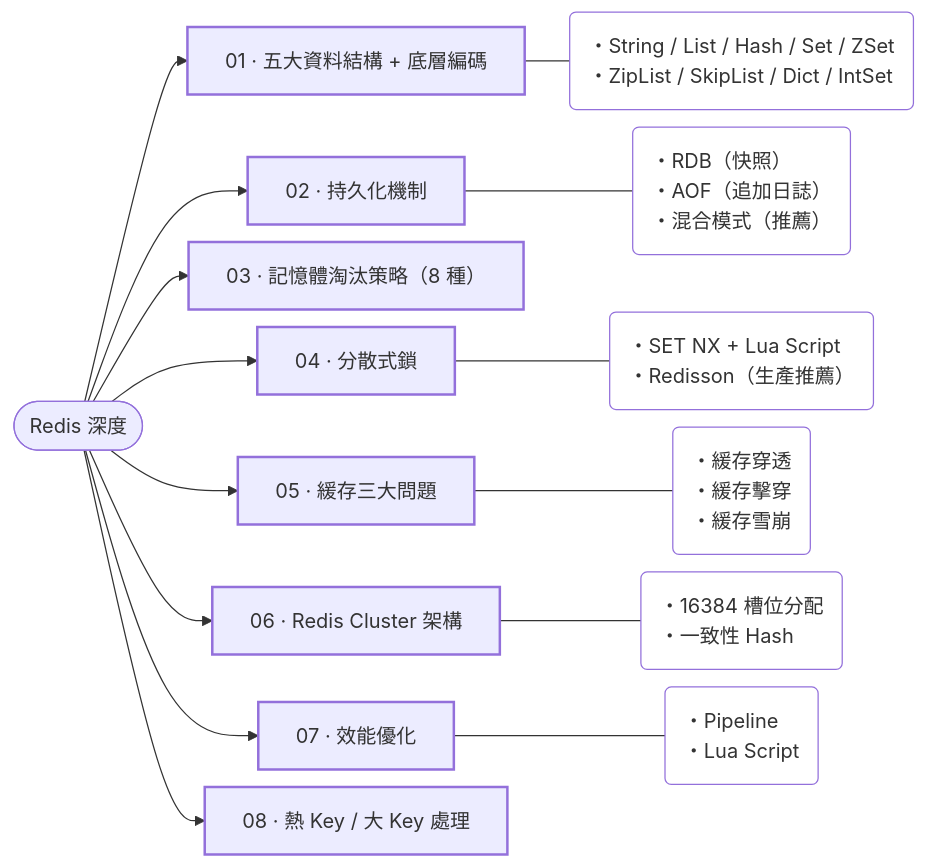
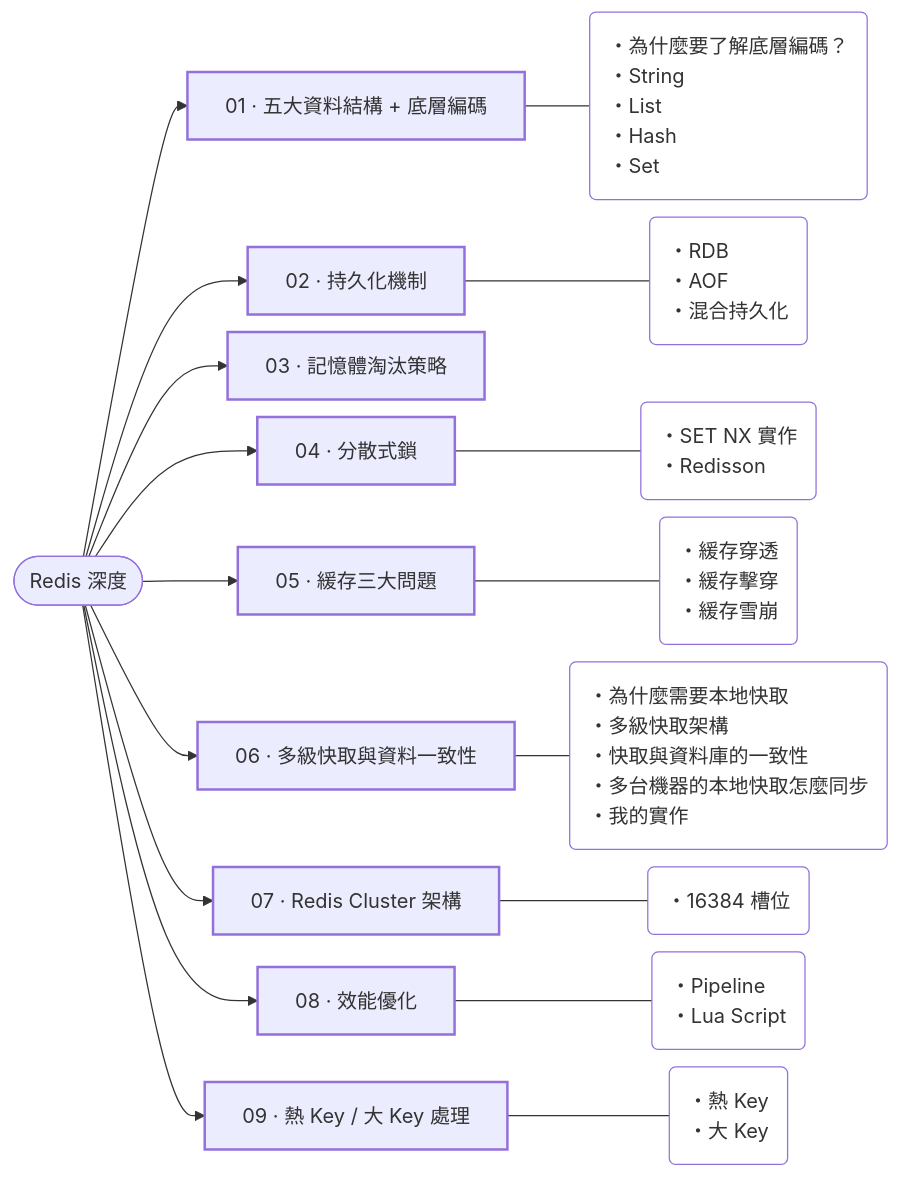
Before and after one commit to AnthonyFuFu/StudyNotes: the diagram in docs/data/redis/index.md, drawn with Mermaid. The commit also changed other lines of this file and 93 other files, not shown here.

````diff
--- a/docs/data/redis/index.md
+++ b/docs/data/redis/index.md
@@ -13,37 +13,43 @@
 ``` mermaid
 %%{init: {"flowchart": {"nodeSpacing": 14, "rankSpacing": 36, "wrappingWidth": 420}}}%%
 flowchart LR
     R(["Redis 深度"])
     c0["01 · 五大資料結構 + 底層編碼"]
     R --> c0
-    p0("・String / List / Hash / Set / ZSet<br>・ZipList / SkipList / Dict / IntSet")
+    p0("・為什麼要了解底層編碼？<br>・String<br>・List<br>・Hash<br>・Set")
     c0 --- p0
     c1["02 · 持久化機制"]
     R --> c1
-    p1("・RDB（快照）<br>・AOF（追加日誌）<br>・混合模式（推薦）")
+    p1("・RDB<br>・AOF<br>・混合持久化")
     c1 --- p1
-    c2["03 · 記憶體淘汰策略（8 種）"]
+    c2["03 · 記憶體淘汰策略"]
     R --> c2
     c3["04 · 分散式鎖"]
     R --> c3
-    p3("・SET NX + Lua Script<br>・Redisson（生產推薦）")
+    p3("・SET NX 實作<br>・Redisson")
     c3 --- p3
     c4["05 · 緩存三大問題"]
     R --> c4
     p4("・緩存穿透<br>・緩存擊穿<br>・緩存雪崩")
     c4 --- p4
-    c5["06 · Redis Cluster 架構"]
+    c5["06 · 多級快取與資料一致性"]
     R --> c5
-    p5("・16384 槽位分配<br>・一致性 Hash")
+    p5("・為什麼需要本地快取<br>・多級快取架構<br>・快取與資料庫的一致性<br>・多台機器的本地快取怎麼同步<br>・我的實作")
     c5 --- p5
-    c6["07 · 效能優化"]
+    c6["07 · Redis Cluster 架構"]
     R --> c6
-    p6("・Pipeline<br>・Lua Script")
+    p6("・16384 槽位")
     c6 --- p6
-    c7["08 · 熱 Key / 大 Key 處理"]
+    c7["08 · 效能優化"]
     R --> c7
+    p7("・Pipeline<br>・Lua Script")
+    c7 --- p7
+    c8["09 · 熱 Key / 大 Key 處理"]
+    R --> c8
+    p8("・熱 Key<br>・大 Key")
+    c8 --- p8
     classDef chapter stroke-width:2px
     classDef points fill:transparent,text-align:left
-    class c0,c1,c2,c3,c4,c5,c6,c7 chapter
-    class p0,p1,p3,p4,p5,p6 points
+    class c0,c1,c2,c3,c4,c5,c6,c7,c8 chapter
+    class p0,p1,p3,p4,p5,p6,p7,p8 points
 ```
````
